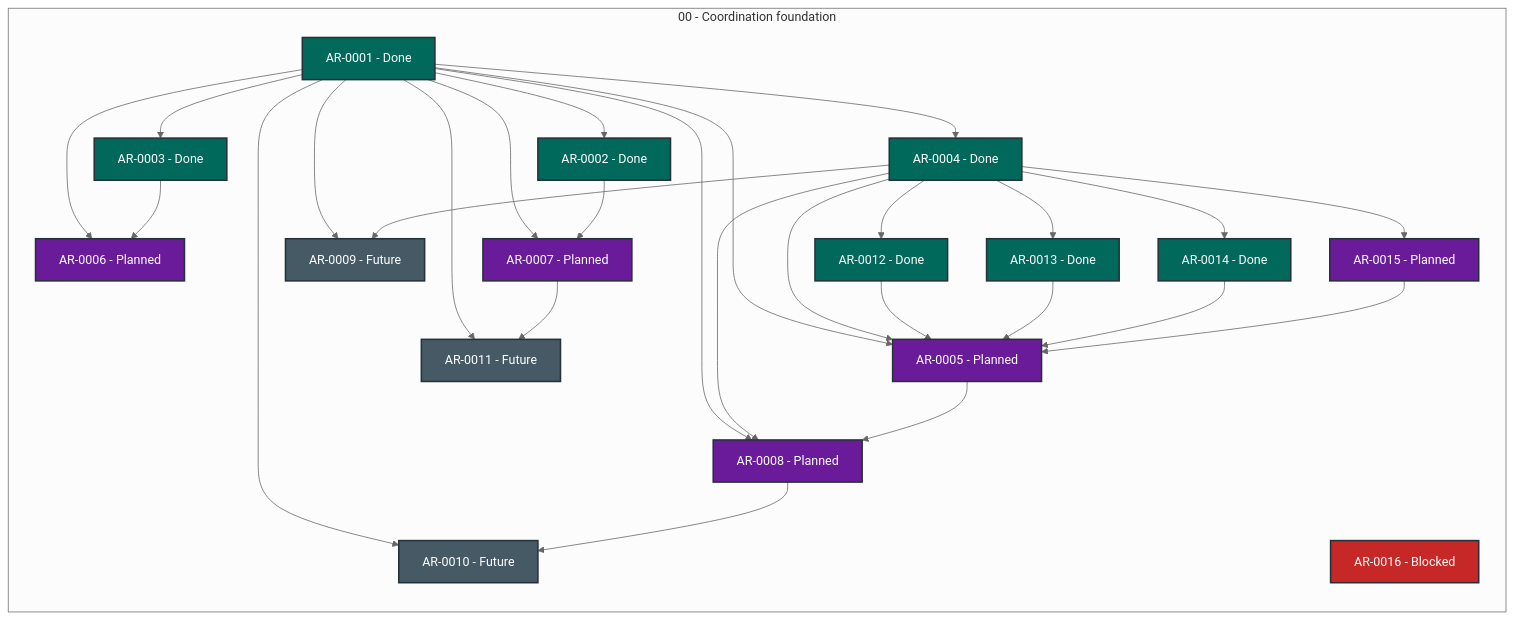
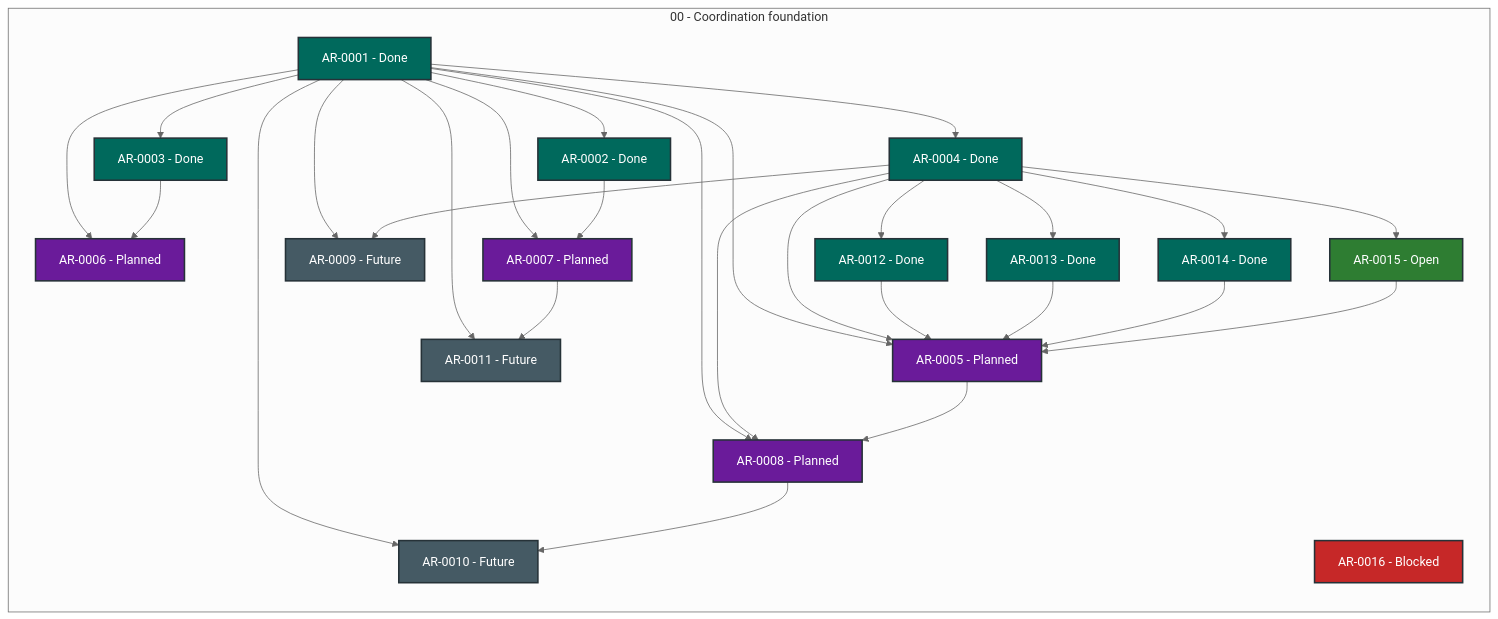
One commit to martin-beck/agent-workflow-quality-state changed the diagram in STATUS.md. Above: the diagram before and after it, drawn with Mermaid (neutral theme). The commit also changed other lines of this file and 2 other files, not shown here.

````diff
--- a/STATUS.md
+++ b/STATUS.md
@@ -27,56 +27,56 @@
 ```mermaid
 flowchart LR
     subgraph series_00["00 - Coordination foundation"]
         direction TB
         AR_0001["AR-0001 - Done"]:::status_done
         AR_0002["AR-0002 - Done"]:::status_done
         AR_0003["AR-0003 - Done"]:::status_done
         AR_0004["AR-0004 - Done"]:::status_done
         AR_0005["AR-0005 - Planned"]:::status_planned
         AR_0006["AR-0006 - Planned"]:::status_planned
         AR_0007["AR-0007 - Planned"]:::status_planned
         AR_0008["AR-0008 - Planned"]:::status_planned
         AR_0009["AR-0009 - Future"]:::status_future
         AR_0010["AR-0010 - Future"]:::status_future
         AR_0011["AR-0011 - Future"]:::status_future
         AR_0012["AR-0012 - Done"]:::status_done
         AR_0013["AR-0013 - Done"]:::status_done
         AR_0014["AR-0014 - Done"]:::status_done
-        AR_0015["AR-0015 - Planned"]:::status_planned
+        AR_0015["AR-0015 - Open"]:::status_open
         AR_0016["AR-0016 - Blocked"]:::status_blocked
     end
     AR_0001 --> AR_0002
     AR_0001 --> AR_0003
     AR_0001 --> AR_0004
     AR_0001 --> AR_0005
     AR_0001 --> AR_0006
     AR_0001 --> AR_0007
     AR_0001 --> AR_0008
     AR_0001 --> AR_0009
     AR_0001 --> AR_0010
     AR_0001 --> AR_0011
     AR_0002 --> AR_0007
     AR_0003 --> AR_0006
     AR_0004 --> AR_0005
     AR_0004 --> AR_0008
     AR_0004 --> AR_0009
     AR_0004 --> AR_0012
     AR_0004 --> AR_0013
     AR_0004 --> AR_0014
     AR_0004 --> AR_0015
     AR_0005 --> AR_0008
     AR_0007 --> AR_0011
     AR_0008 --> AR_0010
     AR_0012 --> AR_0005
     AR_0013 --> AR_0005
     AR_0014 --> AR_0005
     AR_0015 --> AR_0005
     classDef status_in_progress fill:#1565c0,color:#ffffff,stroke:#263238,stroke-width:2px
     classDef status_open fill:#2e7d32,color:#ffffff,stroke:#263238,stroke-width:2px
     classDef status_blocked fill:#c62828,color:#ffffff,stroke:#263238,stroke-width:2px
     classDef status_planned fill:#6a1b9a,color:#ffffff,stroke:#263238,stroke-width:2px
     classDef status_future fill:#455a64,color:#ffffff,stroke:#263238,stroke-width:2px
     classDef status_done fill:#00695c,color:#ffffff,stroke:#263238,stroke-width:2px
     classDef status_cancelled fill:#616161,color:#ffffff,stroke:#263238,stroke-width:2px
     classDef status_superseded fill:#5d4037,color:#ffffff,stroke:#263238,stroke-width:2px
 ```
````
